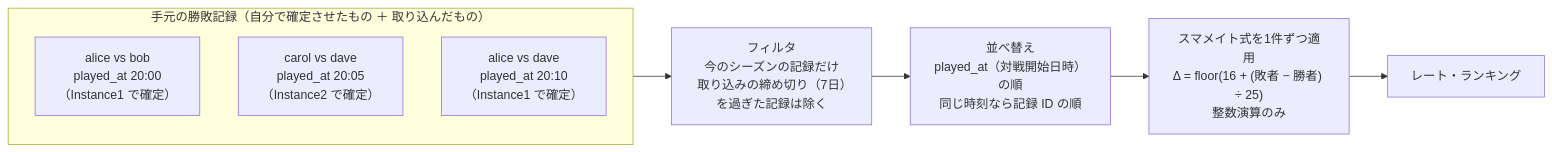
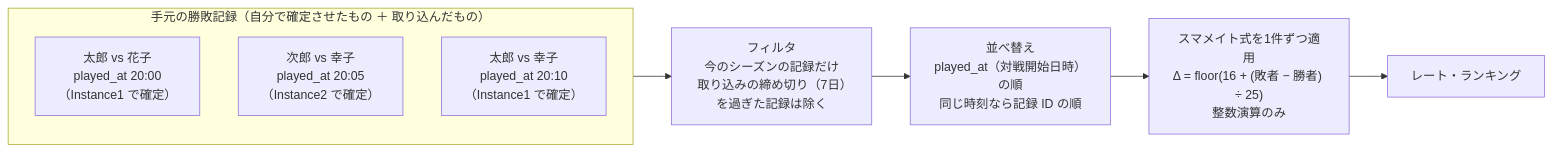
One commit to tacky0612/smash-hub changed the sixth of 8 diagrams in docs/architecture/federation-walkthrough.md. Above: the diagram before and after it, drawn with Mermaid. The commit also changed other lines of this file and 81 other files, not shown here.

````diff
--- a/docs/architecture/federation-walkthrough.md
+++ b/docs/architecture/federation-walkthrough.md
@@ -163,13 +163,13 @@
 ```mermaid
 flowchart LR
   subgraph IN["手元の勝敗記録（自分で確定させたもの ＋ 取り込んだもの）"]
     direction TB
-    M1["alice vs bob<br/>played_at 20:00<br/>（Instance1 で確定）"]
-    M2["carol vs dave<br/>played_at 20:05<br/>（Instance2 で確定）"]
-    M3["alice vs dave<br/>played_at 20:10<br/>（Instance1 で確定）"]
+    M1["太郎 vs 花子<br/>played_at 20:00<br/>（Instance1 で確定）"]
+    M2["次郎 vs 幸子<br/>played_at 20:05<br/>（Instance2 で確定）"]
+    M3["太郎 vs 幸子<br/>played_at 20:10<br/>（Instance1 で確定）"]
   end
   IN --> F["フィルタ<br/>今のシーズンの記録だけ<br/>取り込みの締め切り（7日）を過ぎた記録は除く"]
   F --> S["並べ替え<br/>played_at（対戦開始日時）の順<br/>同じ時刻なら記録 ID の順"]
   S --> C["スマメイト式を1件ずつ適用<br/>Δ = floor(16 + (敗者 − 勝者) ÷ 25)<br/>整数演算のみ"]
   C --> O["レート・ランキング"]
 ```
````
